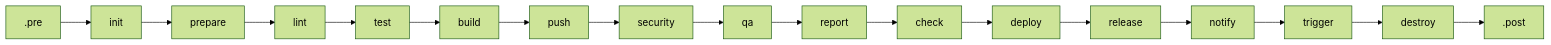
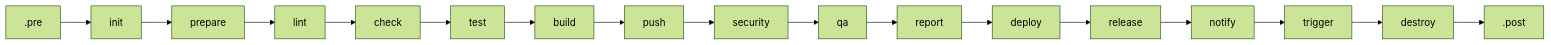
The first of 6 diagrams in docs/pipeline-lifecycle.md (grootan-devops/gitlab-ci-library), drawn with Mermaid (forest theme) before and after one commit. The commit also changed other lines of this file and 21 other files, not shown here.

````diff
--- a/docs/pipeline-lifecycle.md
+++ b/docs/pipeline-lifecycle.md
@@ -7,4 +7,4 @@
 ```mermaid
 flowchart LR
-    pre[".pre"] --> init["init"] --> prepare["prepare"] --> lint["lint"] --> test["test"] --> build["build"] --> push["push"] --> security["security"] --> qa["qa"] --> report["report"] --> check["check"] --> deploy["deploy"] --> release["release"] --> notify["notify"] --> trigger["trigger"] --> destroy["destroy"] --> post[".post"]
+    pre[".pre"] --> init["init"] --> prepare["prepare"] --> lint["lint"] --> check["check"] --> test["test"] --> build["build"] --> push["push"] --> security["security"] --> qa["qa"] --> report["report"] --> deploy["deploy"] --> release["release"] --> notify["notify"] --> trigger["trigger"] --> destroy["destroy"] --> post[".post"]
 ```
````
